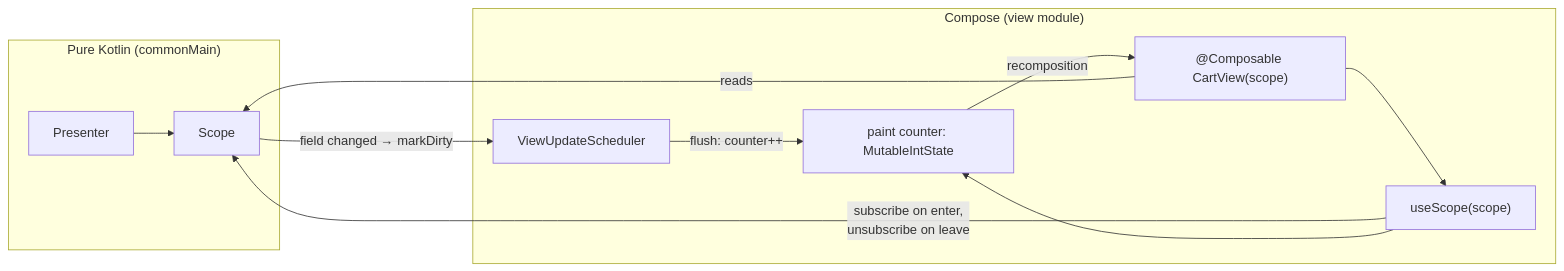
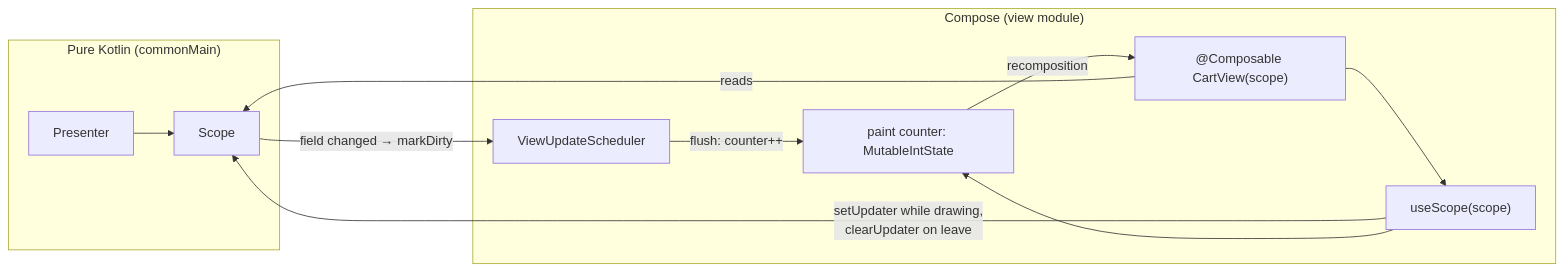
The first of 9 diagrams in docs/architecture-cube-compose.md (mrcdom/wdc-cube-kotlin), drawn with Mermaid before and after one commit. The commit also changed other lines of this file and 11 other files, not shown here.

````diff
--- a/docs/architecture-cube-compose.md
+++ b/docs/architecture-cube-compose.md
@@ -36,17 +36,17 @@
 ```mermaid
 graph LR
     subgraph "Pure Kotlin (commonMain)"
         P[Presenter] --> S[Scope]
     end
 
     subgraph "Compose (view module)"
         V["@Composable CartView(scope)"] --> US["useScope(scope)"]
-        US -->|"subscribe on enter,<br/>unsubscribe on leave"| S
+        US -->|"setUpdater while drawing,<br/>clearUpdater on leave"| S
         US --> PC["paint counter: MutableIntState"]
         SCH[ViewUpdateScheduler] -->|"flush: counter++"| PC
         PC -->|recomposition| V
         V -->|reads| S
     end
 
     S -->|"field changed → markDirty"| SCH
 ```
````
